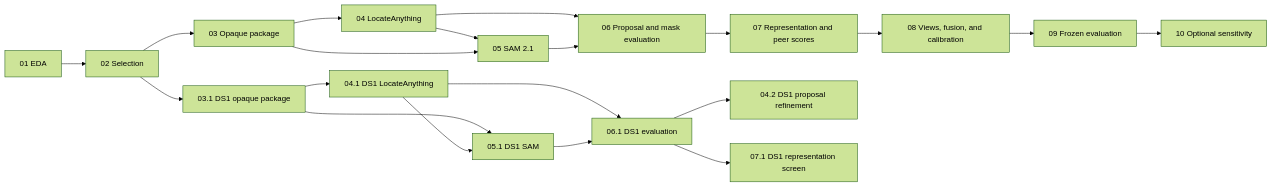
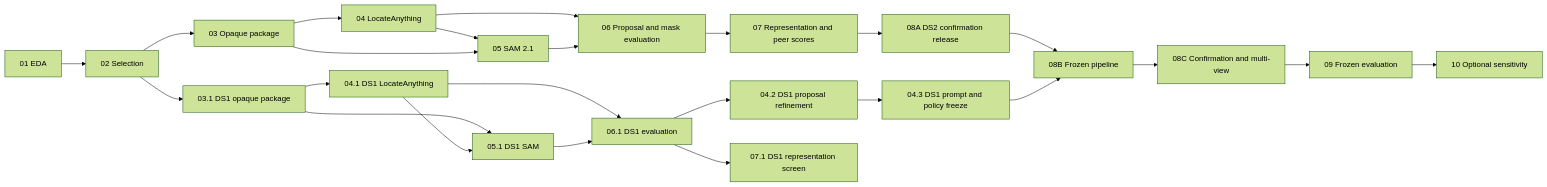
The diagram in notebooks/README.md (Industry-Project-UTS/visual-peer-inspector), drawn with Mermaid (forest theme) before and after one commit. The commit also changed other lines of this file and 135 other files, not shown here.

Commit message:
Add DS2 confirmation pipeline results

````diff
--- a/notebooks/README.md
+++ b/notebooks/README.md
@@ -35,22 +43,26 @@
 ```mermaid
 flowchart LR
     N1["01 EDA"] --> N2["02 Selection"]
     N2 --> N3["03 Opaque package"]
     N3 --> N4["04 LocateAnything"]
     N4 --> N5["05 SAM 2.1"]
     N3 --> N5
     N4 --> N6["06 Proposal and mask evaluation"]
     N5 --> N6
     N6 --> N7["07 Representation and peer scores"]
-    N7 --> N8["08 Views, fusion, and calibration"]
-    N8 --> N9["09 Frozen evaluation"]
+    N7 --> N8A["08A DS2 confirmation release"]
+    N8A --> N8B["08B Frozen pipeline"]
+    N8B --> N8C["08C Confirmation and multi-view"]
+    N8C --> N9["09 Frozen evaluation"]
     N9 --> N10["10 Optional sensitivity"]
     N2 --> N31["03.1 DS1 opaque package"]
     N31 --> N41["04.1 DS1 LocateAnything"]
     N31 --> N51["05.1 DS1 SAM"]
     N41 --> N51
     N41 --> N61["06.1 DS1 evaluation"]
     N51 --> N61
     N61 --> N42["04.2 DS1 proposal refinement"]
+    N42 --> N43["04.3 DS1 prompt and policy freeze"]
+    N43 --> N8B
     N61 --> N71["07.1 DS1 representation screen"]
 ```
````
